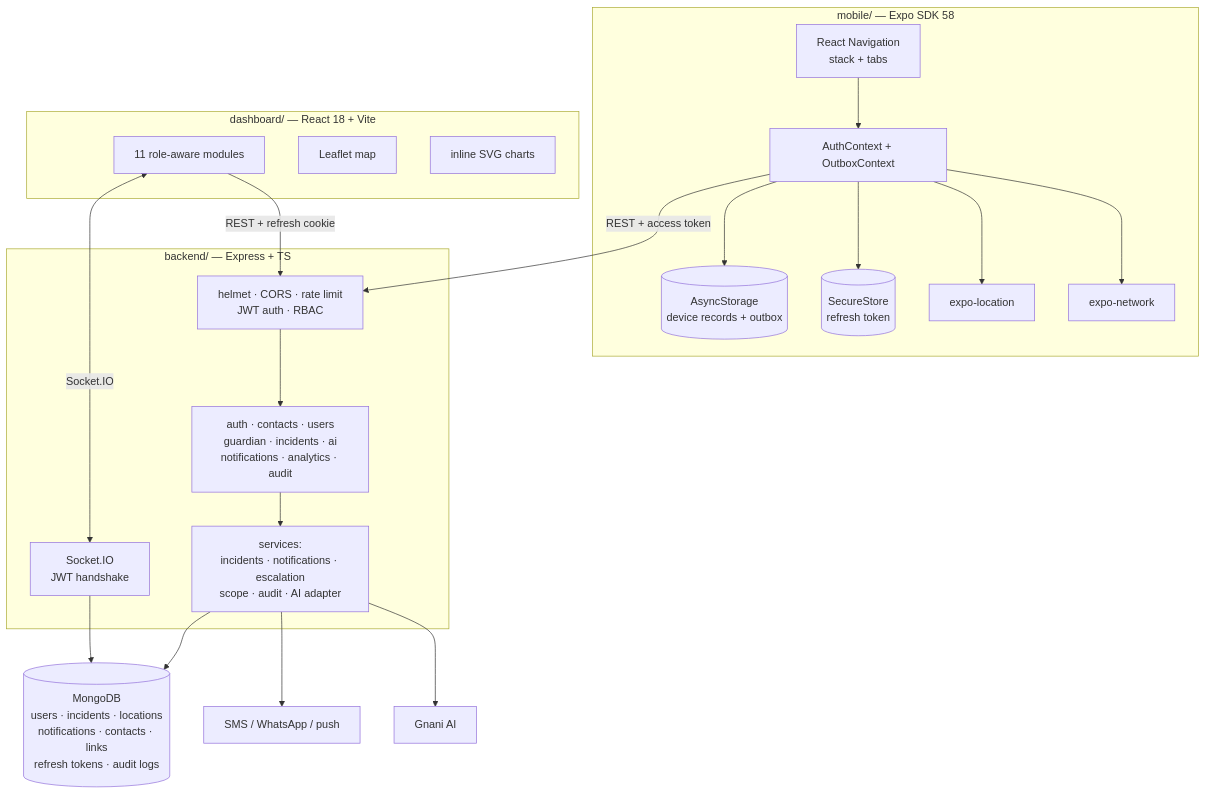
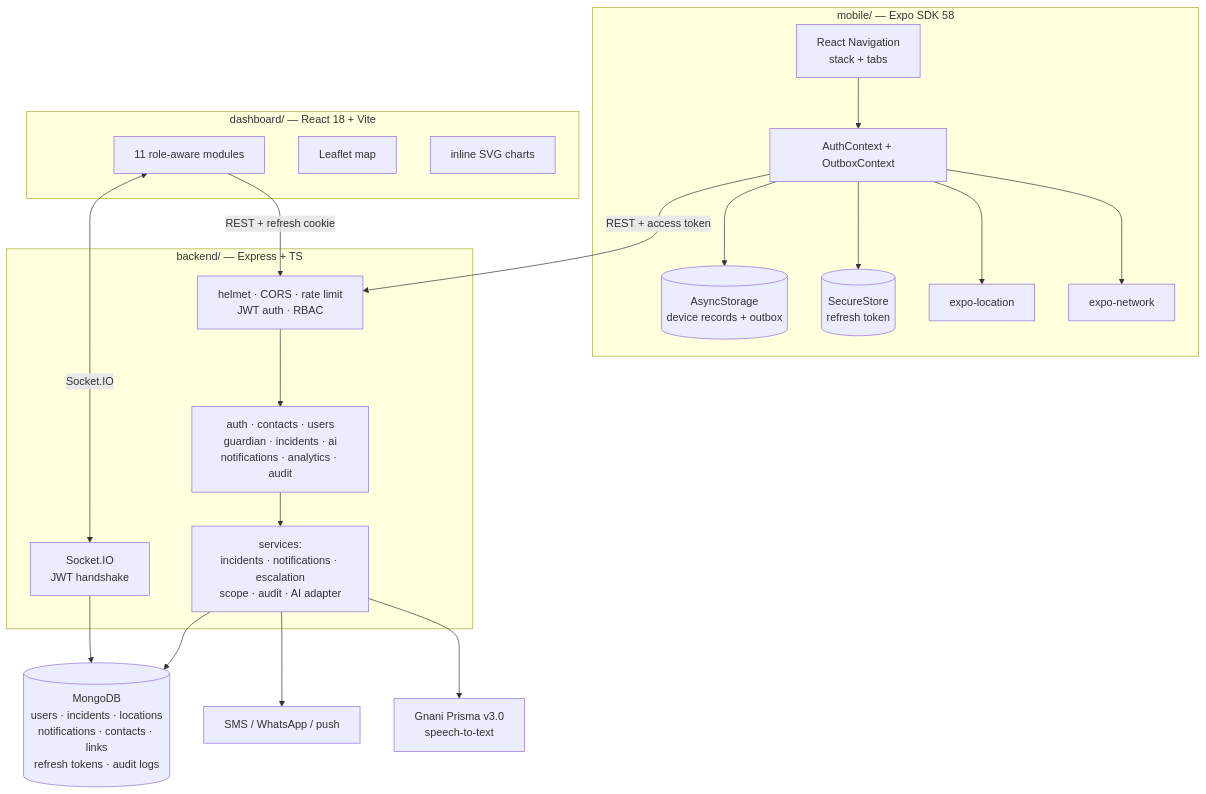
Before and after one commit to deepsingh-co/RakshaNet: the second of 4 diagrams in docs/ARCHITECTURE.md, drawn with Mermaid. The commit also changed other lines of this file and 26 other files, not shown here.

````diff
--- a/docs/ARCHITECTURE.md
+++ b/docs/ARCHITECTURE.md
@@ -81,43 +81,43 @@
 ```mermaid
 flowchart TB
     subgraph mobile["mobile/ — Expo SDK 58"]
         NAV["React Navigation<br/>stack + tabs"]
         CTX["AuthContext + OutboxContext"]
         STORE[("AsyncStorage<br/>device records + outbox")]
         SEC[("SecureStore<br/>refresh token")]
         LOC["expo-location"]
         NET["expo-network"]
     end
 
     subgraph backend["backend/ — Express + TS"]
         MW["helmet · CORS · rate limit<br/>JWT auth · RBAC"]
         ROUTES["auth · contacts · users<br/>guardian · incidents · ai<br/>notifications · analytics · audit"]
         SVC["services:<br/>incidents · notifications · escalation<br/>scope · audit · AI adapter"]
         IO["Socket.IO<br/>JWT handshake"]
     end
 
     subgraph dash["dashboard/ — React 18 + Vite"]
         UI["11 role-aware modules"]
         LEAF["Leaflet map"]
         CHARTS["inline SVG charts"]
     end
 
     MONGO[("MongoDB<br/>users · incidents · locations<br/>notifications · contacts · links<br/>refresh tokens · audit logs")]
     PROV["SMS / WhatsApp / push"]
-    GNANI["Gnani AI"]
+    GNANI["Gnani Prisma v3.0<br/>speech-to-text"]
 
     NAV --> CTX
     CTX --> STORE
     CTX --> SEC
     CTX --> LOC
     CTX --> NET
     CTX -->|"REST + access token"| MW
 
     UI -->|"REST + refresh cookie"| MW
     UI <-->|"Socket.IO"| IO
 
     MW --> ROUTES --> SVC --> MONGO
     IO --> MONGO
     SVC --> PROV
     SVC --> GNANI
 ```
````
